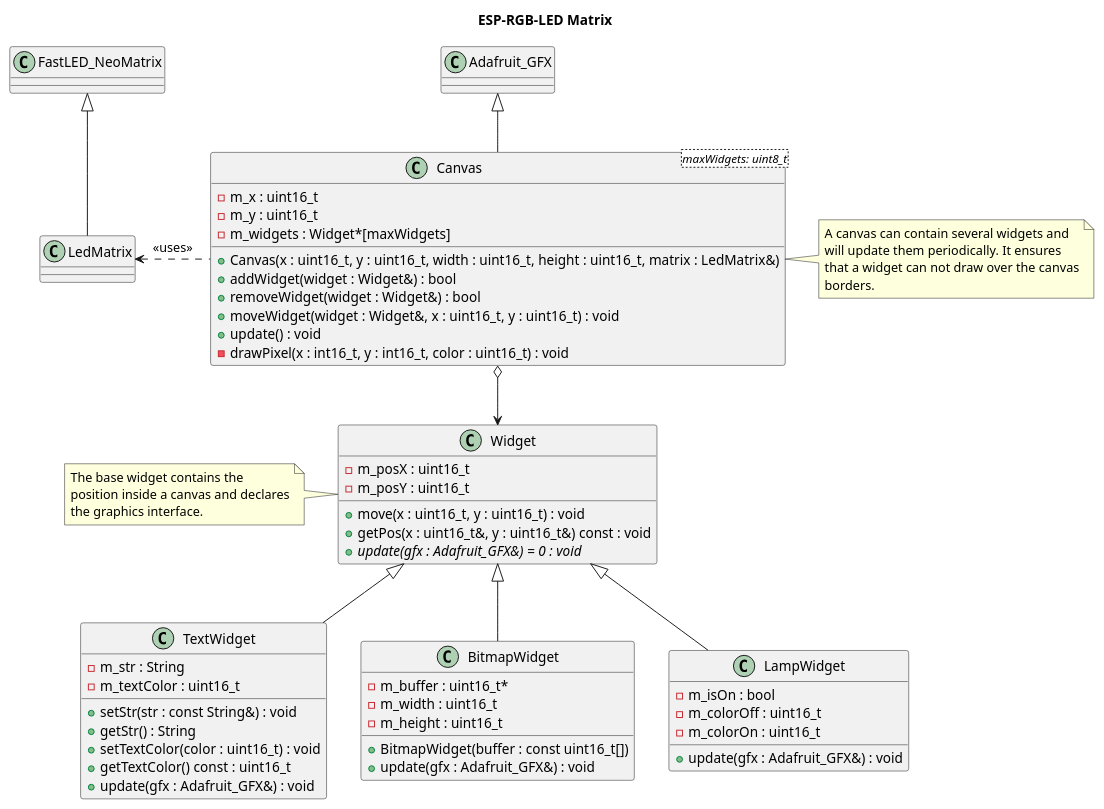
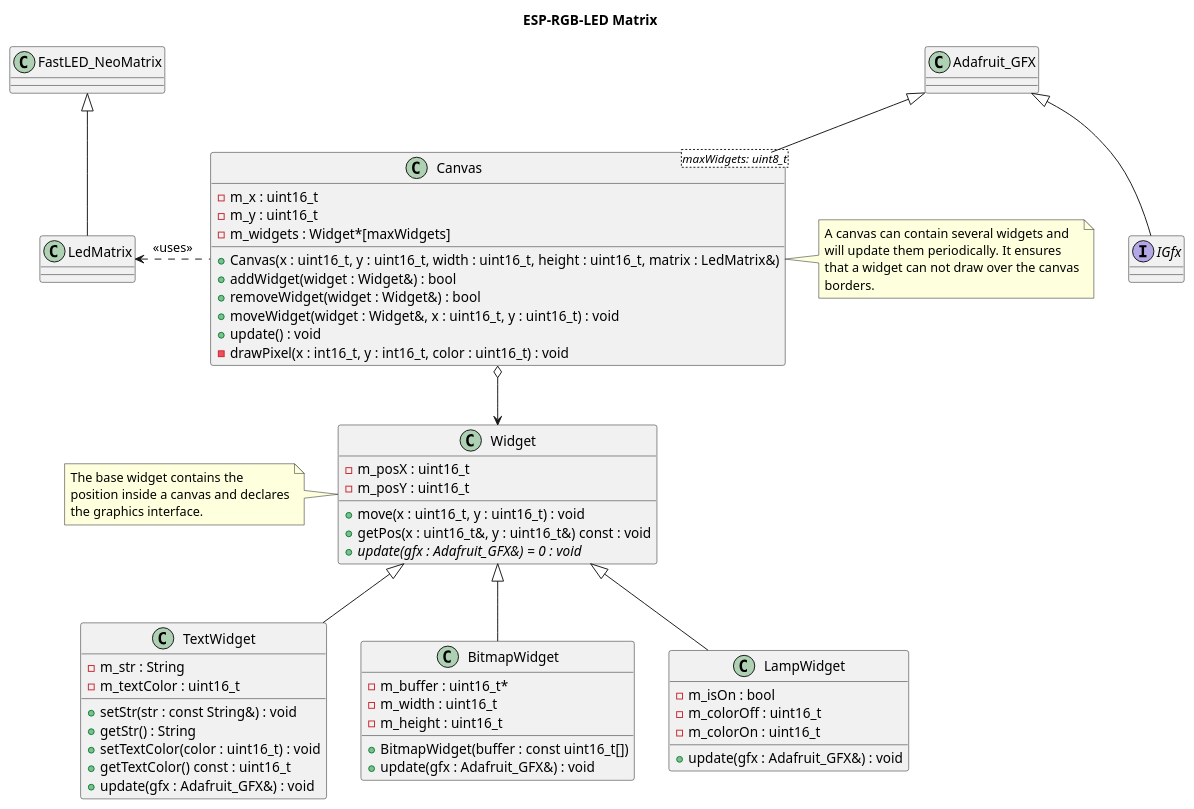
The diagram in doc/design/widgets.plantuml (BlueAndi/Pixelix), drawn with PlantUML before and after one commit. The commit also changed 6 other files, not shown here.

Commit message:
Widget tests implemented. Therefore it was necessary to abstract the graphics interface again.

```diff
--- a/doc/design/widgets.plantuml
+++ b/doc/design/widgets.plantuml
@@ -1,79 +1,83 @@
 @startuml
 
 title ESP-RGB-LED Matrix
 
 class Adafruit_GFX
 class FastLED_NeoMatrix
 class LedMatrix
+
+interface IGfx
+
+Adafruit_GFX <|-- IGfx
 
 FastLED_NeoMatrix <|-- LedMatrix
 
 class Canvas<maxWidgets: uint8_t> {
     - m_x : uint16_t
     - m_y : uint16_t
     - m_widgets : Widget*[maxWidgets]
     + Canvas(x : uint16_t, y : uint16_t, width : uint16_t, height : uint16_t, matrix : LedMatrix&)
     + addWidget(widget : Widget&) : bool
     + removeWidget(widget : Widget&) : bool
     + moveWidget(widget : Widget&, x : uint16_t, y : uint16_t) : void
     + update() : void
     - drawPixel(x : int16_t, y : int16_t, color : uint16_t) : void
 }
 
 Adafruit_GFX <|-- Canvas
 Canvas .l.> LedMatrix: <<uses>>
 Canvas o--> Widget
 
 note right of Canvas
     A canvas can contain several widgets and
     will update them periodically. It ensures
     that a widget can not draw over the canvas
     borders.
 end note
 
 class Widget {
     - m_posX : uint16_t
     - m_posY : uint16_t
     + move(x : uint16_t, y : uint16_t) : void
     + getPos(x : uint16_t&, y : uint16_t&) const : void
     + {abstract} update(gfx : Adafruit_GFX&) = 0 : void
 }
 
 note left of Widget
     The base widget contains the
     position inside a canvas and declares
     the graphics interface.
 end note
 
 class TextWidget {
     - m_str : String
     - m_textColor : uint16_t
     + setStr(str : const String&) : void
     + getStr() : String
     + setTextColor(color : uint16_t) : void
     + getTextColor() const : uint16_t
     + update(gfx : Adafruit_GFX&) : void
 }
 
 Widget <|-- TextWidget
 
 class BitmapWidget {
     - m_buffer : uint16_t*
     - m_width : uint16_t
     - m_height : uint16_t
     + BitmapWidget(buffer : const uint16_t[])
     + update(gfx : Adafruit_GFX&) : void
 }
 
 Widget <|-- BitmapWidget
 
 class LampWidget {
     - m_isOn : bool
     - m_colorOff : uint16_t
     - m_colorOn : uint16_t
     + update(gfx : Adafruit_GFX&) : void
 }
 
 Widget <|-- LampWidget
 
 @enduml
```
